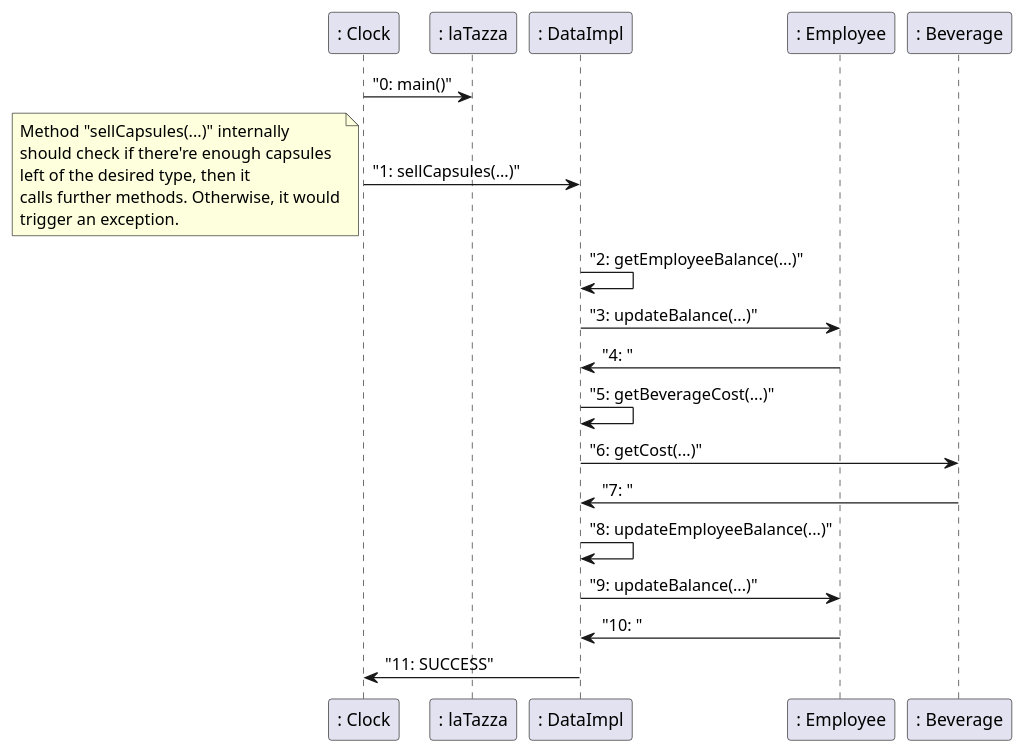
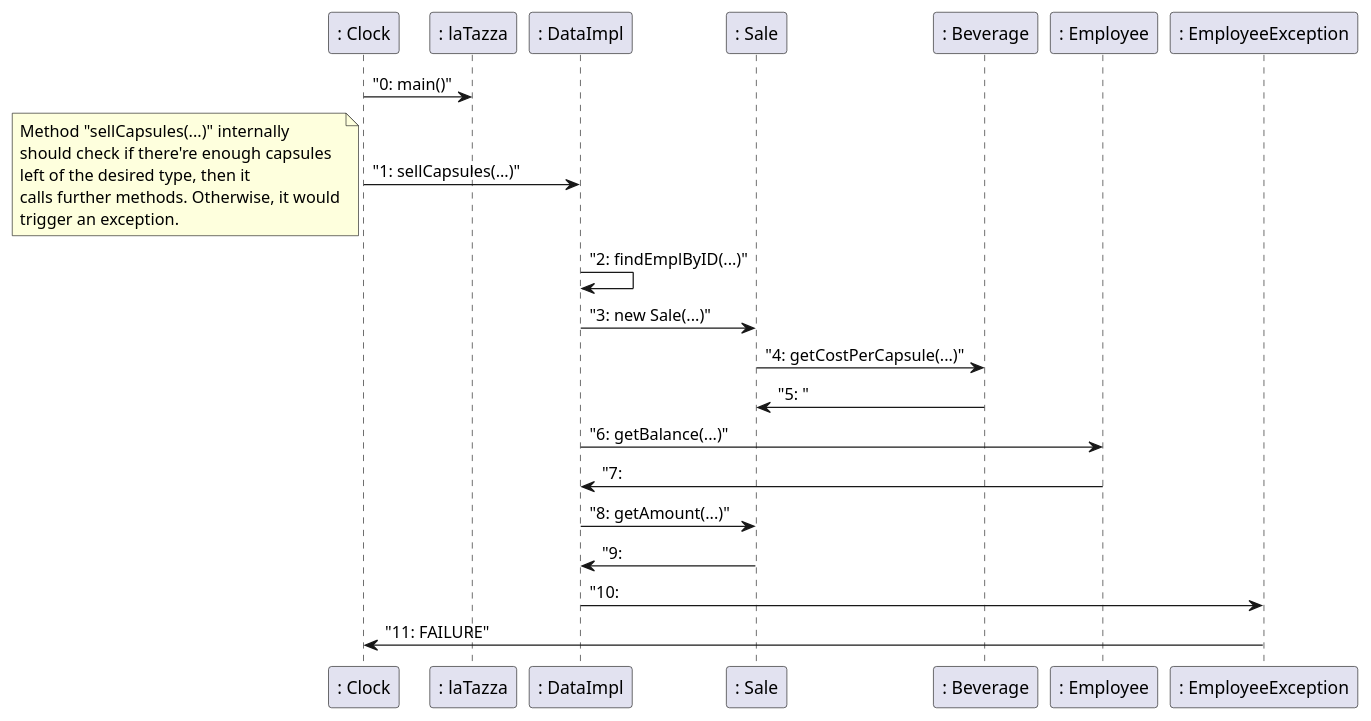
Before and after one commit to DarkSee/LaTazza: the fourth of 4 diagrams in templates/DesignDocumentTemplate.md, drawn with PlantUML. The commit also changed other lines of this file, not shown here.

Commit message:
add Sequence diagrams

````diff
--- a/templates/DesignDocumentTemplate.md
+++ b/templates/DesignDocumentTemplate.md
@@ -224,23 +263,26 @@
 ```plantuml
-
+@startuml
 ": Clock" -> ": laTazza": "0: main()"
 ": Clock" -> ": DataImpl": "1: sellCapsules(...)"
 note left
         Method "sellCapsules(...)" internally
         should check if there're enough capsules 
         left of the desired type, then it 
         calls further methods. Otherwise, it would
         trigger an exception.
 end note
-": DataImpl" -> ": DataImpl": "2: getEmployeeBalance(...)"
-": DataImpl" -> ": Employee": "3: updateBalance(...)"
-": Employee" -> ": DataImpl": "4: "
-": DataImpl" -> ": DataImpl": "5: getBeverageCost(...)"
-": DataImpl" -> ": Beverage": "6: getCost(...)"
-": Beverage" -> ": DataImpl": "7: "
-": DataImpl" -> ": DataImpl": "8: updateEmployeeBalance(...)"
-": DataImpl" -> ": Employee": "9: updateBalance(...)"
-": Employee" -> ": DataImpl": "10: "
-": DataImpl" -> ": Clock": "11: SUCCESS"
+": DataImpl" -> ": DataImpl": "2: findEmplByID(...)"
+": DataImpl" -> ": Sale": "3: new Sale(...)"
+": Sale" -> ": Beverage": "4: getCostPerCapsule(...)"
+": Sale" <-": Beverage": "5: "
+
+": DataImpl" -> ": Employee": "6: getBalance(...)"
+": DataImpl" <- ": Employee": "7: 
+": DataImpl" -> ": Sale": "8: getAmount(...)"
+": DataImpl" <- ": Sale": "9: 
+": DataImpl" -> ": EmployeeException": "10: 
+
+": Clock" <- ": EmployeeException": "11: FAILURE"
+@enduml
 
 ```
````
